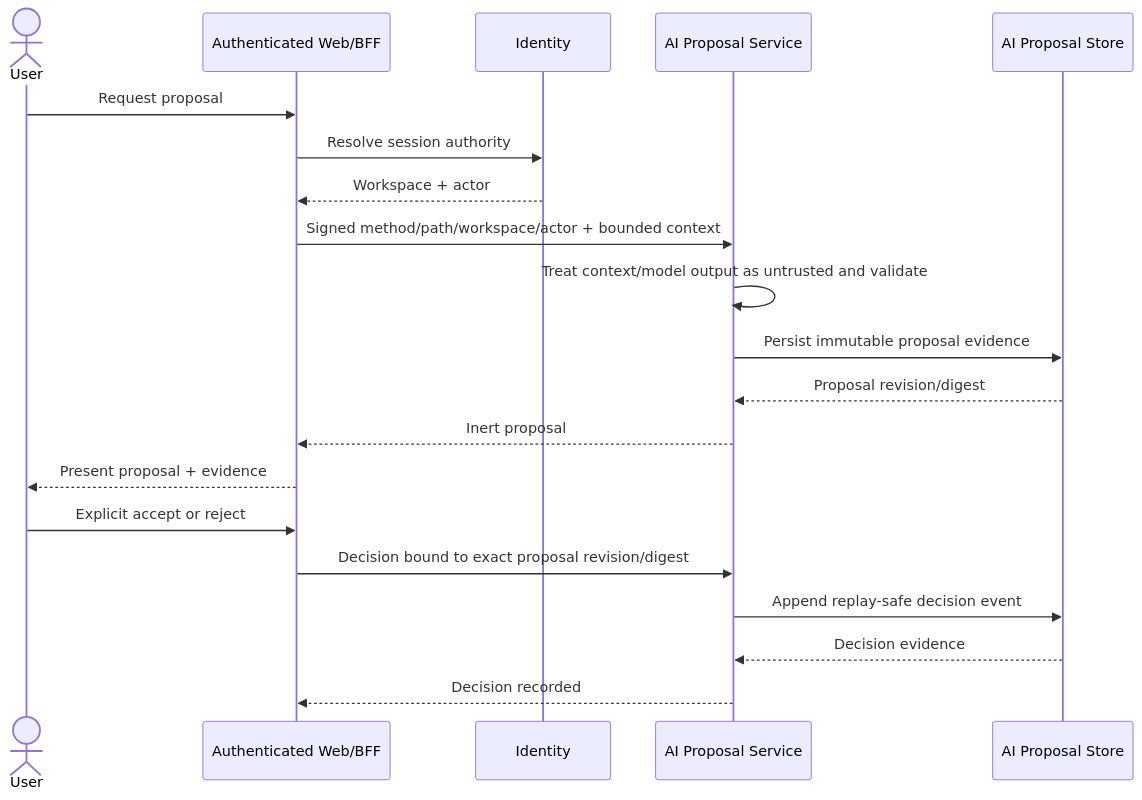
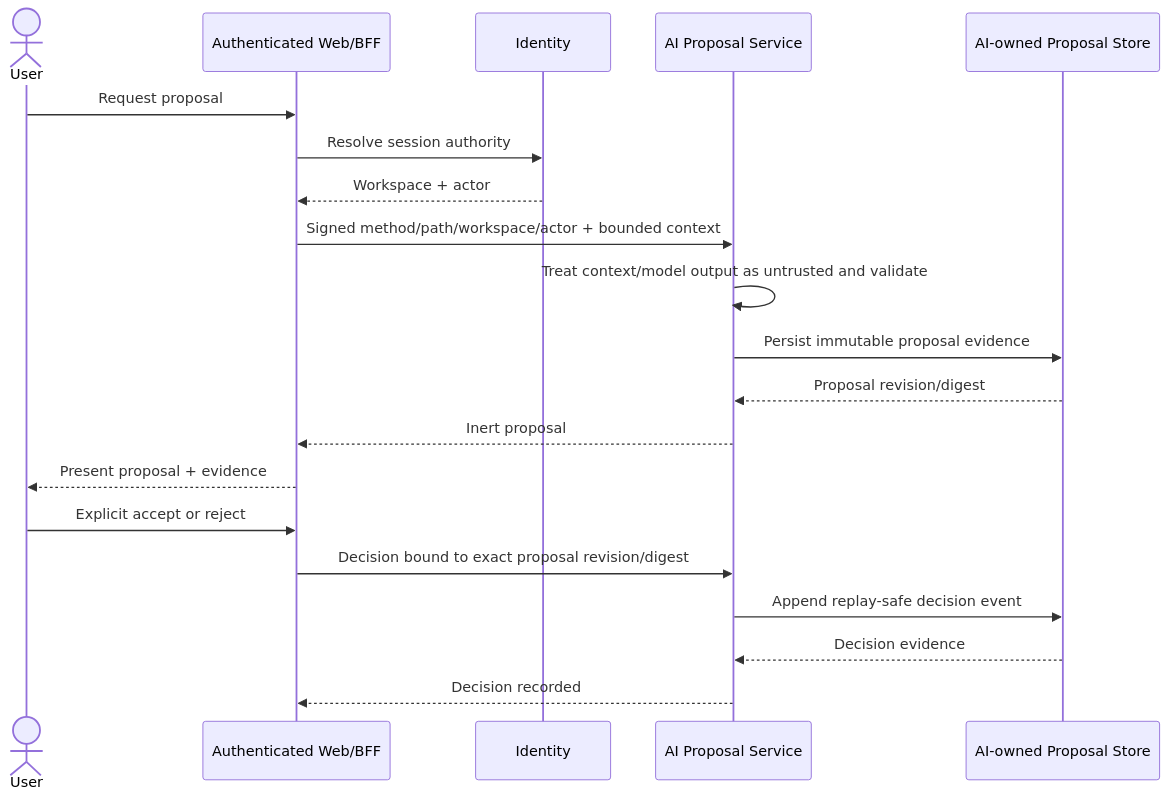
One commit to ContextualWisdomLab/life-os changed the seventh of 11 diagrams in docs/UML.md. Above: the diagram before and after it, drawn with Mermaid. The commit also changed other lines of this file, not shown here.

Commit message:
docs: correct event and database ownership diagrams

````diff
--- a/docs/UML.md
+++ b/docs/UML.md
@@ -198,23 +205,23 @@
 ```mermaid
 sequenceDiagram
     actor User
     participant Web as Authenticated Web/BFF
     participant Identity
     participant AI as AI Proposal Service
-    participant Audit as AI Proposal Store
+    participant Audit as AI-owned Proposal Store
 
     User->>Web: Request proposal
     Web->>Identity: Resolve session authority
     Identity-->>Web: Workspace + actor
     Web->>AI: Signed method/path/workspace/actor + bounded context
     AI->>AI: Treat context/model output as untrusted and validate
     AI->>Audit: Persist immutable proposal evidence
     Audit-->>AI: Proposal revision/digest
     AI-->>Web: Inert proposal
     Web-->>User: Present proposal + evidence
     User->>Web: Explicit accept or reject
     Web->>AI: Decision bound to exact proposal revision/digest
     AI->>Audit: Append replay-safe decision event
     Audit-->>AI: Decision evidence
     AI-->>Web: Decision recorded
 ```
````
